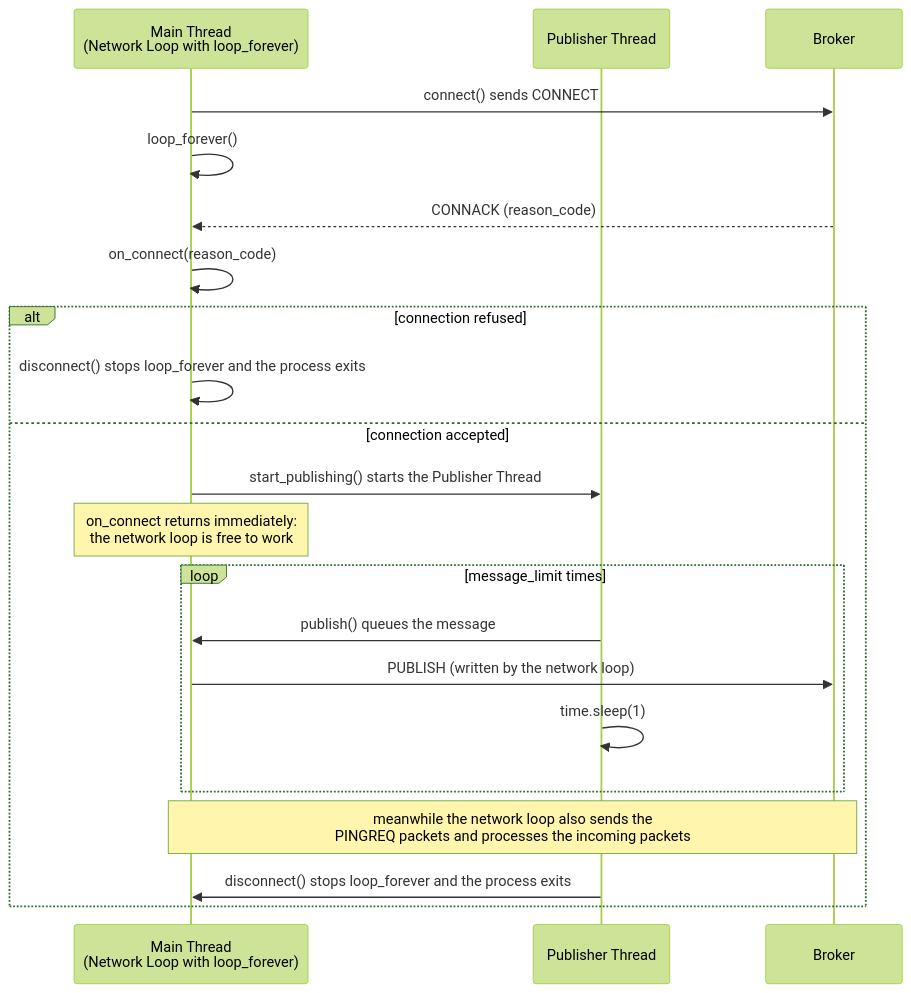
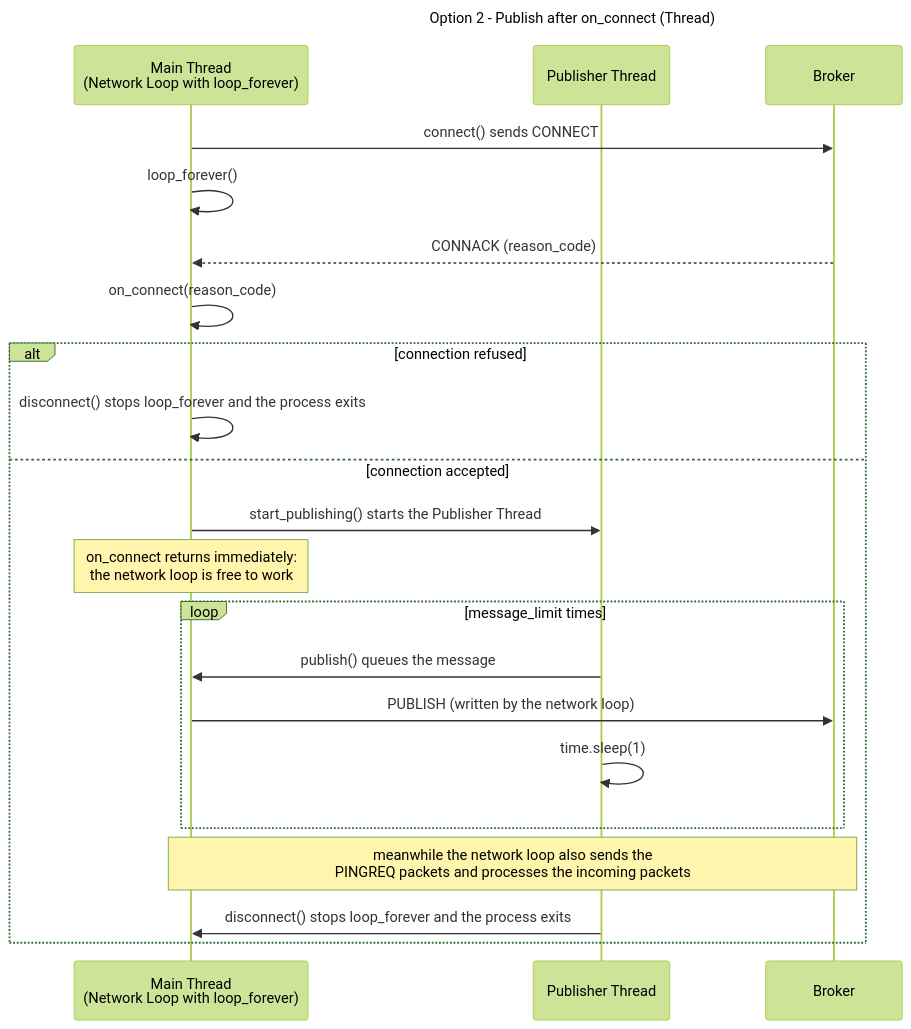
Before and after one commit to Marco-Picone-Teaching/python-mqtt-playground: the second of 4 diagrams in README.md, drawn with Mermaid (forest theme). The commit also changed other lines of this file, not shown here.

````diff
--- a/README.md
+++ b/README.md
@@ -327,24 +303,25 @@
 ```mermaid
 sequenceDiagram
+    title Option 2 - Publish after on_connect (Thread)
     participant M as Main Thread<br/>(Network Loop with loop_forever)
     participant P as Publisher Thread
     participant B as Broker
 
     M->>B: connect() sends CONNECT
     M->>M: loop_forever()
     B-->>M: CONNACK (reason_code)
     M->>M: on_connect(reason_code)
     alt connection refused
         M->>M: disconnect() stops loop_forever and the process exits
     else connection accepted
         M->>P: start_publishing() starts the Publisher Thread
         Note over M: on_connect returns immediately:<br/>the network loop is free to work
         loop message_limit times
             P->>M: publish() queues the message
             M->>B: PUBLISH (written by the network loop)
             P->>P: time.sleep(1)
         end
         Note over M,B: meanwhile the network loop also sends the<br/>PINGREQ packets and processes the incoming packets
         P->>M: disconnect() stops loop_forever and the process exits
     end
 ```
````
